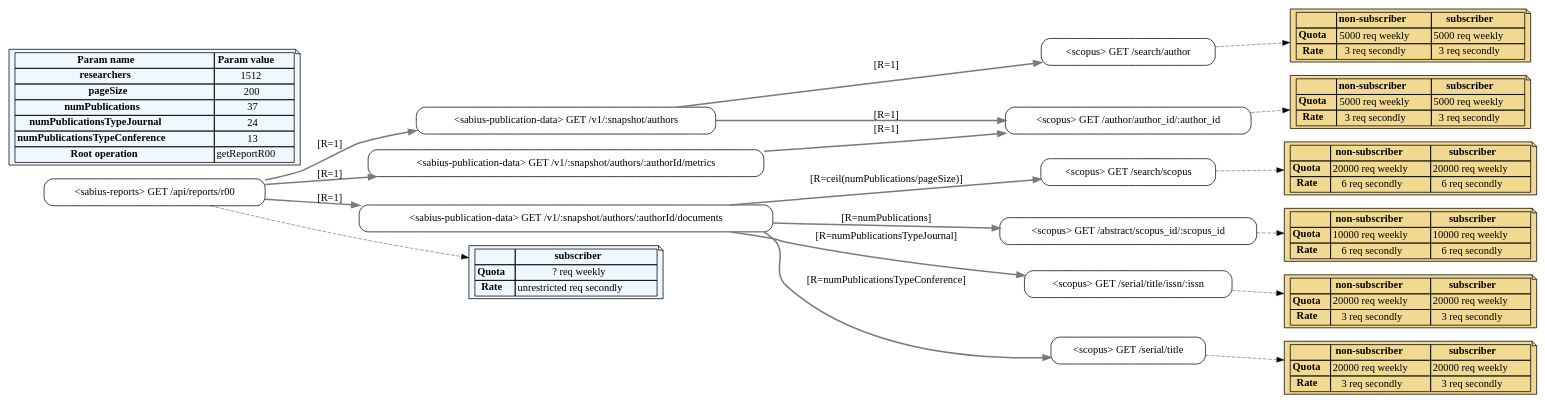
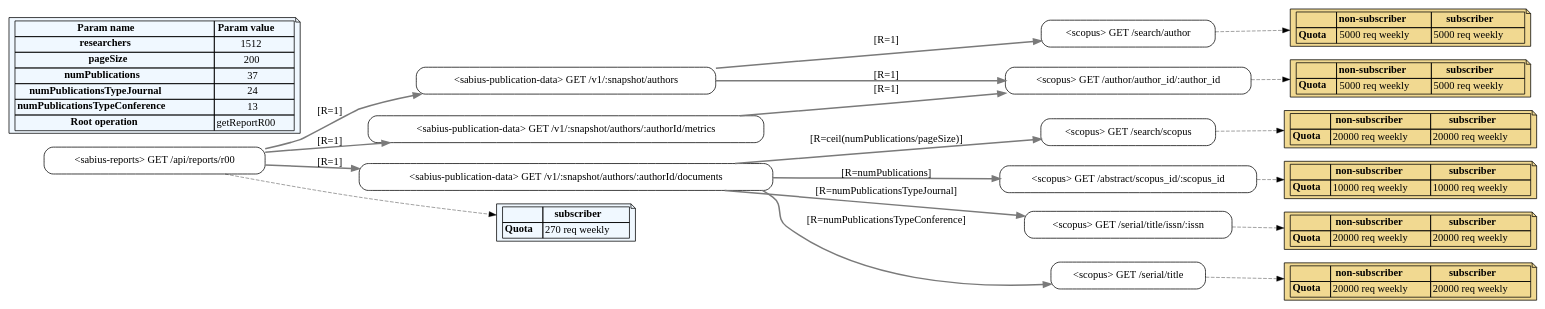
One commit to isa-group/governify-electra changed the diagram in src/backend/output/mapping-complex/mapping-complex.dot. Above: the diagram before and after it, drawn with Graphviz. The commit also changed 21 other files, not shown here.

```diff
--- a/src/backend/output/mapping-complex/mapping-complex.dot
+++ b/src/backend/output/mapping-complex/mapping-complex.dot
@@ -19,11 +19,7 @@
 <td>5000 req weekly</td>
 <td>5000 req weekly</td>
 </tr>
-<tr>
-<td><b>Rate</b></td>
-<td>3 req secondly</td>
-<td>3 req secondly</td>
-</tr>
+
 </table>
 >];
 AuthorSearch -> limits_AuthorSearch[ style=dashed, color=black, penwidth=0.5 ];
@@ -40,11 +36,7 @@
 <td>5000 req weekly</td>
 <td>5000 req weekly</td>
 </tr>
-<tr>
-<td><b>Rate</b></td>
-<td>3 req secondly</td>
-<td>3 req secondly</td>
-</tr>
+
 </table>
 >];
 AuthorRetrievalid -> limits_AuthorRetrievalid[ style=dashed, color=black, penwidth=0.5 ];
@@ -61,11 +53,7 @@
 <td>20000 req weekly</td>
 <td>20000 req weekly</td>
 </tr>
-<tr>
-<td><b>Rate</b></td>
-<td>6 req secondly</td>
-<td>6 req secondly</td>
-</tr>
+
 </table>
 >];
 ScopusSearch -> limits_ScopusSearch[ style=dashed, color=black, penwidth=0.5 ];
@@ -82,11 +70,7 @@
 <td>10000 req weekly</td>
 <td>10000 req weekly</td>
 </tr>
-<tr>
-<td><b>Rate</b></td>
-<td>6 req secondly</td>
-<td>6 req secondly</td>
-</tr>
+
 </table>
 >];
 AbstractRetrieval4 -> limits_AbstractRetrieval4[ style=dashed, color=black, penwidth=0.5 ];
@@ -103,11 +87,7 @@
 <td>20000 req weekly</td>
 <td>20000 req weekly</td>
 </tr>
-<tr>
-<td><b>Rate</b></td>
-<td>3 req secondly</td>
-<td>3 req secondly</td>
-</tr>
+
 </table>
 >];
 SerialTitleMetadata -> limits_SerialTitleMetadata[ style=dashed, color=black, penwidth=0.5 ];
@@ -124,11 +104,7 @@
 <td>20000 req weekly</td>
 <td>20000 req weekly</td>
 </tr>
-<tr>
-<td><b>Rate</b></td>
-<td>3 req secondly</td>
-<td>3 req secondly</td>
-</tr>
+
 </table>
 >];
 SerialTitleSearch -> limits_SerialTitleSearch[ style=dashed, color=black, penwidth=0.5 ];
@@ -156,12 +132,9 @@
 </tr>
 <tr>
 <td><b>Quota</b></td>
-<td>? req weekly</td>
+<td>270 req weekly</td>
 </tr>
-<tr>
-<td><b>Rate</b></td>
-<td>unrestricted req secondly</td>
-</tr>
+
 </table>
 >];
 getReportR00 -> limits_getReportR00[ style=dashed, color=black, penwidth=0.5 ];
```
